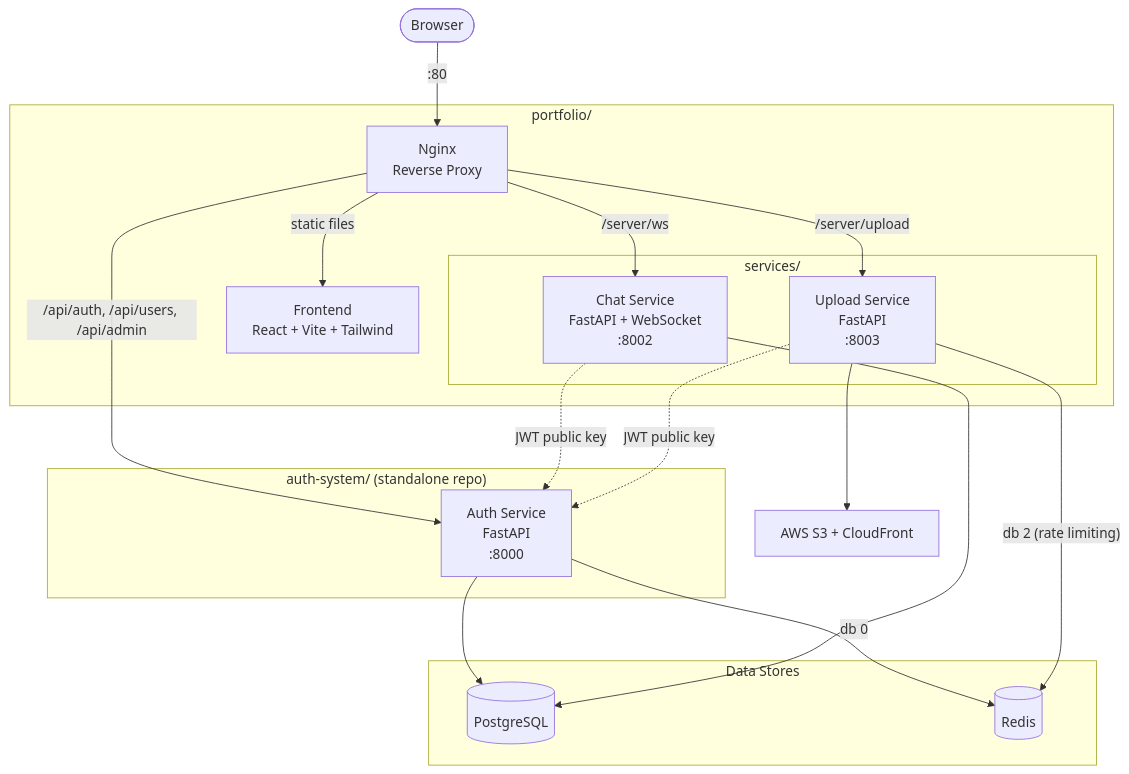
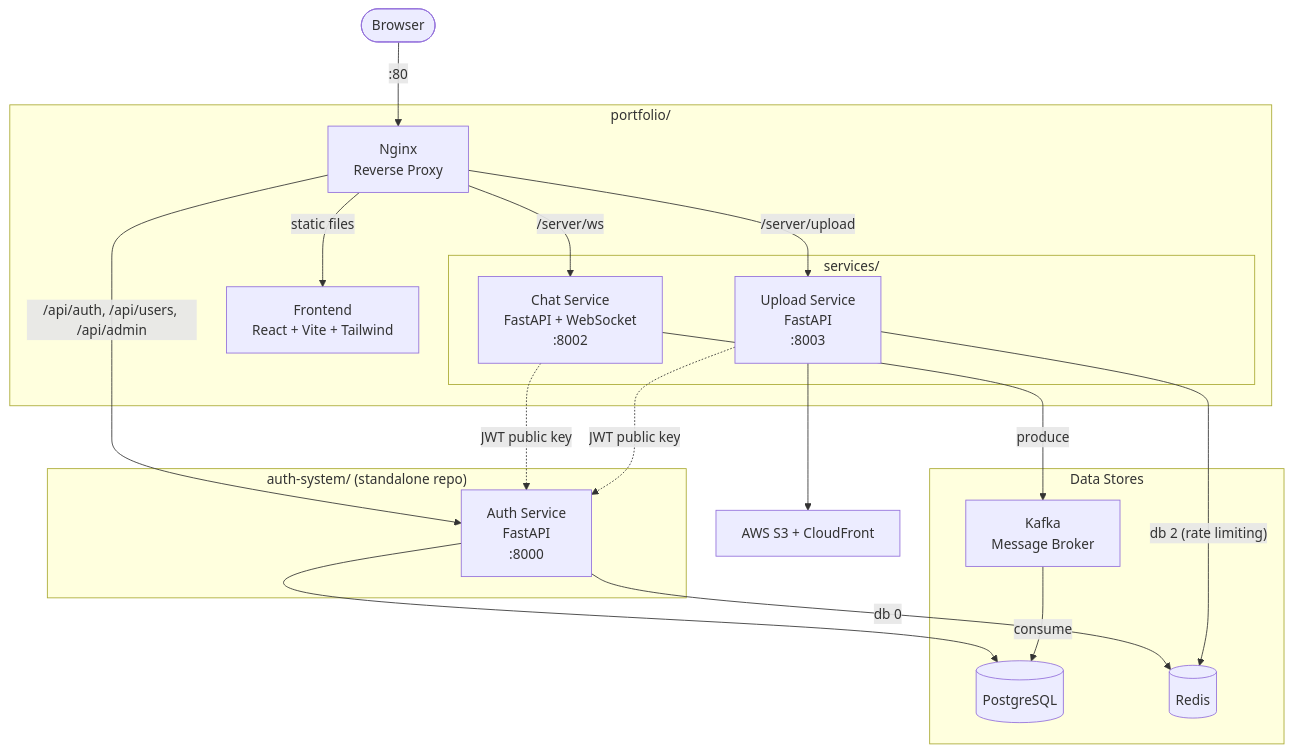
Before and after one commit to waelswaid/portfolio: the diagram in README.md, drawn with Mermaid. The commit also changed other lines of this file and 11 other files, not shown here.

Commit message:
added Kafka message broker for async message persistence messages are produced to Kafka and consumed/inserted by a background worker. chat creation stays synchronous to avoid race conditions. producer falls back to direct DB write if Kafka is unreachable.

````diff
--- a/README.md
+++ b/README.md
@@ -3,42 +3,44 @@
 ```mermaid
 graph TB
     Client([Browser])
 
     Client -->|":80"| Nginx
 
     subgraph portfolio["portfolio/"]
         Nginx["Nginx<br/>Reverse Proxy"]
 
         subgraph services["services/"]
             Chat["Chat Service<br/>FastAPI + WebSocket<br/>:8002"]
             Upload["Upload Service<br/>FastAPI<br/>:8003"]
         end
 
         Frontend["Frontend<br/>React + Vite + Tailwind"]
     end
 
     subgraph auth-system["auth-system/ (standalone repo)"]
         Auth["Auth Service<br/>FastAPI<br/>:8000"]
     end
 
     subgraph data["Data Stores"]
         PG[(PostgreSQL)]
         Redis[(Redis)]
+        Kafka["Kafka<br/>Message Broker"]
     end
 
     S3["AWS S3 + CloudFront"]
 
     Nginx -->|"static files"| Frontend
     Nginx -->|"/api/auth, /api/users, /api/admin"| Auth
     Nginx -->|"/server/ws"| Chat
     Nginx -->|"/server/upload"| Upload
 
     Auth --> PG
     Auth -->|"db 0"| Redis
-    Chat --> PG
+    Chat -->|"produce"| Kafka
+    Kafka -->|"consume"| PG
     Upload -->|"db 2 (rate limiting)"| Redis
     Upload --> S3
 
     Chat -.->|"JWT public key"| Auth
     Upload -.->|"JWT public key"| Auth
 ```
````
